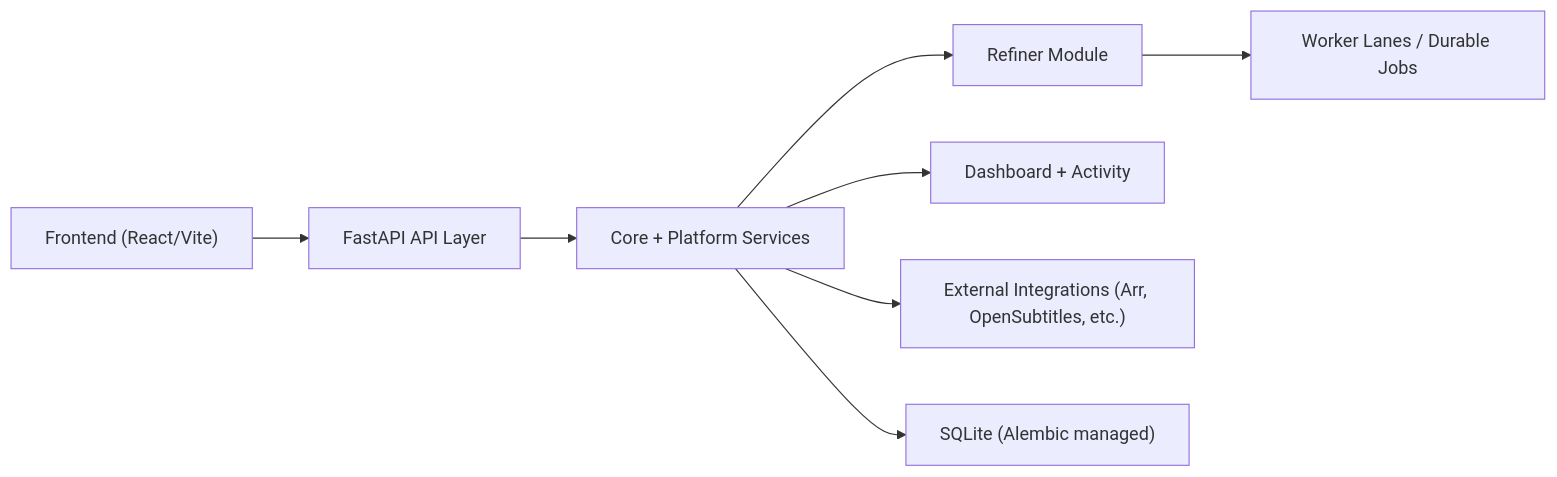
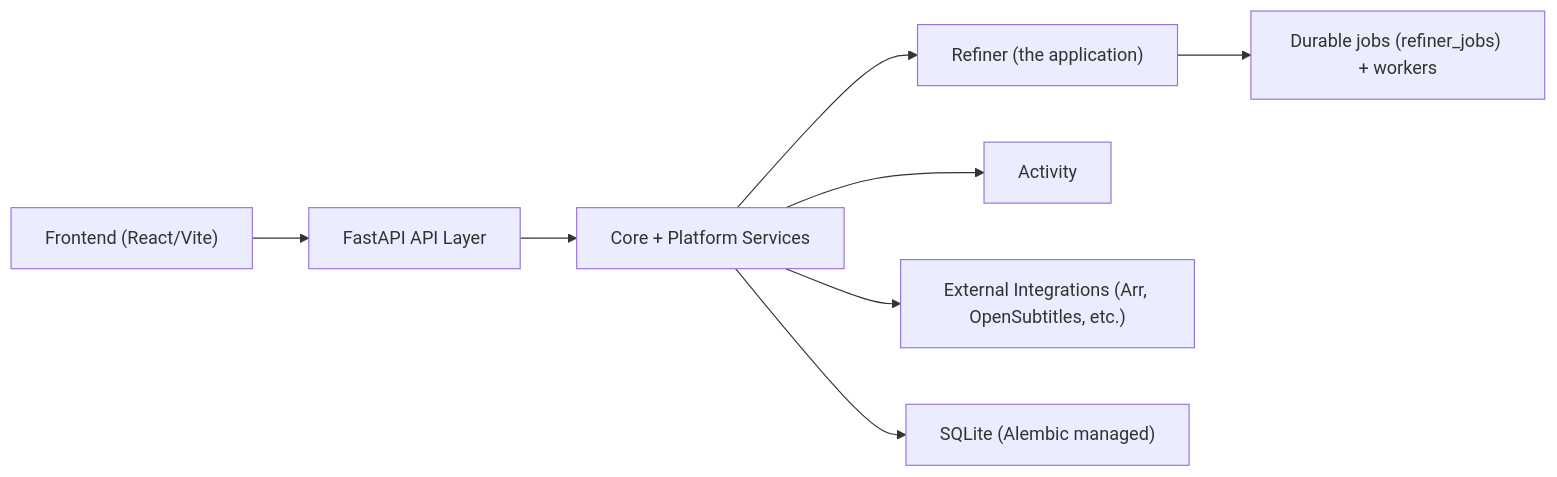
The first of 2 diagrams in ARCHITECTURE.md (jampat000/MediaMop), drawn with Mermaid before and after one commit. The commit also changed other lines of this file and 348 other files, not shown here.

First line of the commit message:
refactor!: remove the module layer; Refiner is the application (closes #459) (#504)

````diff
--- a/ARCHITECTURE.md
+++ b/ARCHITECTURE.md
@@ -38,10 +38,10 @@
 ```mermaid
 flowchart LR
   UI["Frontend (React/Vite)"] --> API["FastAPI API Layer"]
   API --> Core["Core + Platform Services"]
-  Core --> Refiner["Refiner Module"]
-  Core --> Dashboard["Dashboard + Activity"]
+  Core --> Refiner["Refiner (the application)"]
+  Core --> Activity["Activity"]
   Core --> Integrations["External Integrations (Arr, OpenSubtitles, etc.)"]
   Core --> DB["SQLite (Alembic managed)"]
-  Refiner --> Lanes["Worker Lanes / Durable Jobs"]
+  Refiner --> Jobs["Durable jobs (refiner_jobs) + workers"]
 ```
````
